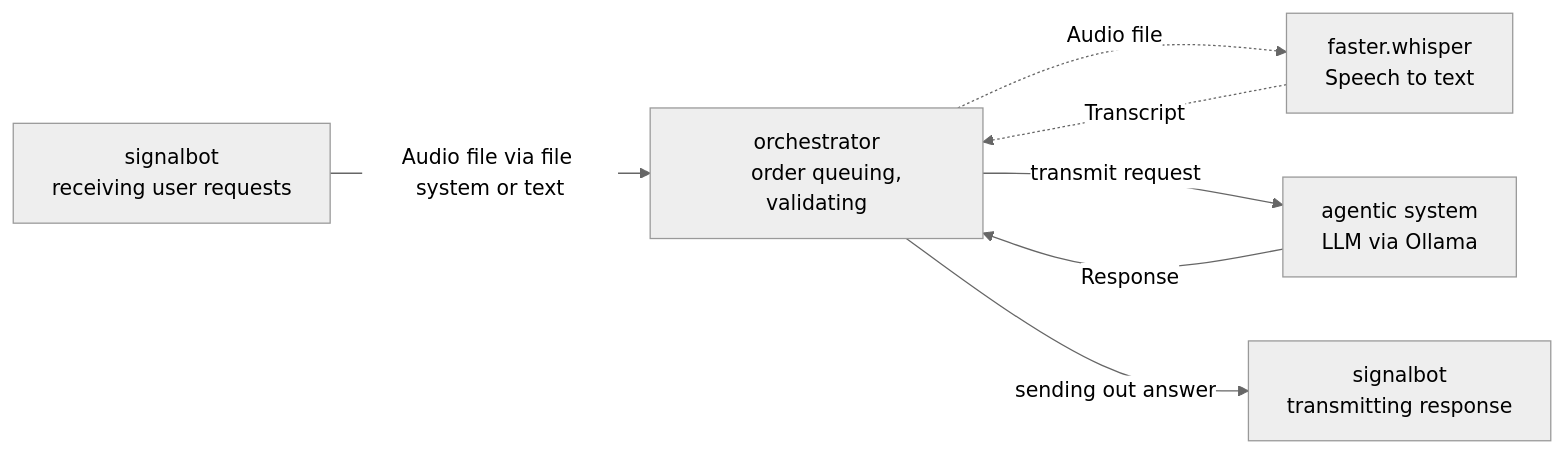
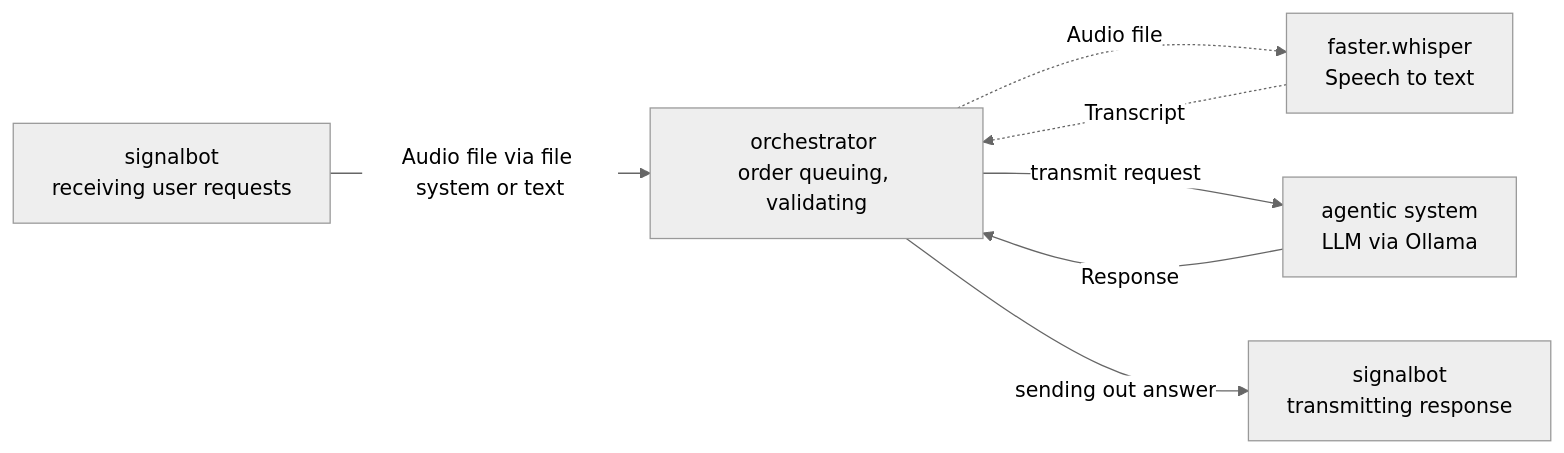
The second of 5 diagrams in ARCHITECTURE.md (corbeau-coder/tinker_ki_starter), drawn with Mermaid (neutral theme) before and after one commit. The commit also changed other lines of this file and 2 other files, not shown here.

````diff
--- a/ARCHITECTURE.md
+++ b/ARCHITECTURE.md
@@ -32,20 +28,15 @@
 ```mermaid
 graph LR
-    A["signalbot
-    receiving user requests"]
-    B["faster.whisper
-    Speech to text"]
-    C["agentic system
-    LLM via Ollama"]
-    D["orchestrator
-    order queuing, validating"] 
-    E["signalbot
-    transmitting response"]
+    A["signalbot <br>receiving user requests"]
+    B["faster.whisper <br>Speech to text"]
+    C["agentic system <br>LLM via Ollama"]
+    D["orchestrator <br>order queuing, validating"] 
+    E["signalbot <br>transmitting response"]
         
     A -->|Audio file via file system or text| D
     D -.->|Audio file| B
     B -.->|Transcript| D
     D -->|transmit request| C
     C -->|Response| D
     D -->|sending out answer| E
 ```
````
